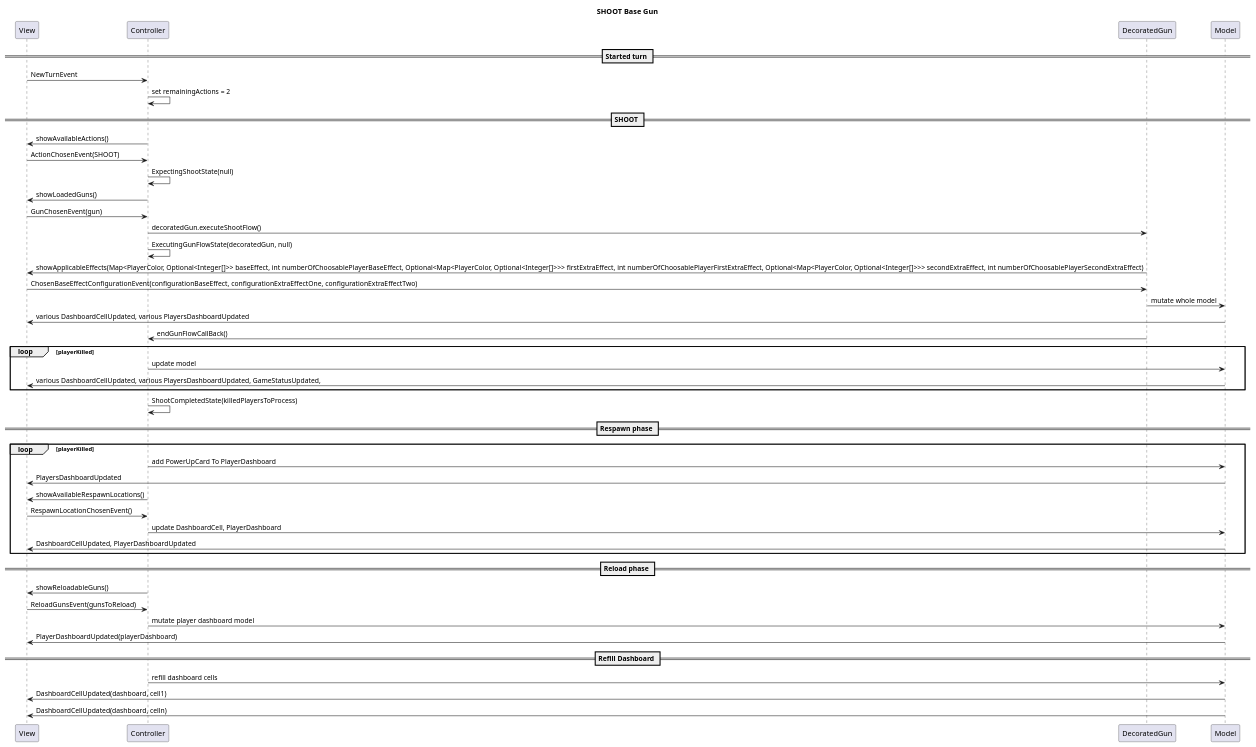
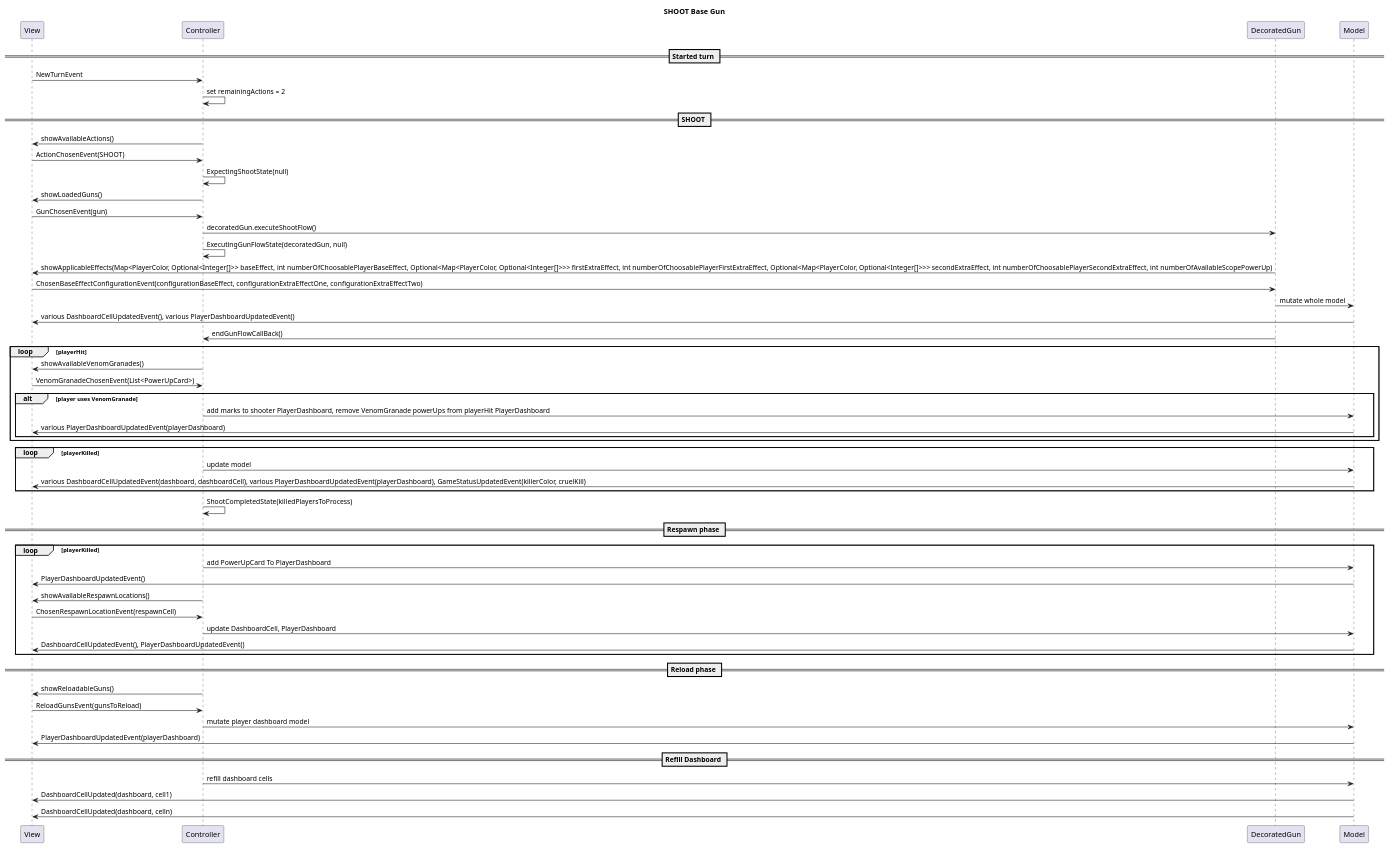
Before and after one commit to slinkydeveloper/ing-sw-2019-guardiani-mucignat-lischio: the diagram in uml/SHOOT_base_gun_flow.puml, drawn with PlantUML. The commit also changed 3 other files, not shown here.

Commit message:
Added model and view events Added Controller states but don't know how to manage the factory Added Scope flow in shoot cases Added VenomGranade flow in shoot cases Added an example of teleport and kinetic ray flow in move case Added view methods

```diff
--- a/uml/SHOOT_base_gun_flow.puml
+++ b/uml/SHOOT_base_gun_flow.puml
@@ -1,62 +1,71 @@
 @startuml
 title SHOOT Base Gun
 
 participant View
 participant Controller
 participant DecoratedGun
 participant Model
 == Started turn ==
 
 View -> Controller: NewTurnEvent
 Controller -> Controller: set remainingActions = 2
 
 == SHOOT ==
 
 Controller -> View: showAvailableActions()
 View -> Controller: ActionChosenEvent(SHOOT)
 Controller -> Controller: ExpectingShootState(null)
 Controller -> View: showLoadedGuns()
 View -> Controller: GunChosenEvent(gun)
 Controller -> DecoratedGun: decoratedGun.executeShootFlow()
 Controller -> Controller: ExecutingGunFlowState(decoratedGun, null)
-DecoratedGun -> View: showApplicableEffects(Map<PlayerColor, Optional<Integer[]>> baseEffect, int numberOfChoosablePlayerBaseEffect, Optional<Map<PlayerColor, Optional<Integer[]>>> firstExtraEffect, int numberOfChoosablePlayerFirstExtraEffect, Optional<Map<PlayerColor, Optional<Integer[]>>> secondExtraEffect, int numberOfChoosablePlayerSecondExtraEffect)
+DecoratedGun -> View: showApplicableEffects(Map<PlayerColor, Optional<Integer[]>> baseEffect, int numberOfChoosablePlayerBaseEffect, Optional<Map<PlayerColor, Optional<Integer[]>>> firstExtraEffect, int numberOfChoosablePlayerFirstExtraEffect, Optional<Map<PlayerColor, Optional<Integer[]>>> secondExtraEffect, int numberOfChoosablePlayerSecondExtraEffect, int numberOfAvailableScopePowerUp)
 View -> DecoratedGun: ChosenBaseEffectConfigurationEvent(configurationBaseEffect, configurationExtraEffectOne, configurationExtraEffectTwo)
 DecoratedGun -> Model: mutate whole model
-Model -> View: various DashboardCellUpdated, various PlayersDashboardUpdated
+Model -> View: various DashboardCellUpdatedEvent(), various PlayerDashboardUpdatedEvent()
 DecoratedGun -> Controller: endGunFlowCallBack()
+
+loop playerHit
+  Controller -> View: showAvailableVenomGranades()
+  View -> Controller: VenomGranadeChosenEvent(List<PowerUpCard>)
+  alt player uses VenomGranade
+  Controller -> Model: add marks to shooter PlayerDashboard, remove VenomGranade powerUps from playerHit PlayerDashboard
+  Model -> View: various PlayerDashboardUpdatedEvent(playerDashboard)
+  end
+end
 
 loop playerKilled
   Controller -> Model: update model
-  Model -> View: various DashboardCellUpdated, various PlayersDashboardUpdated, GameStatusUpdated,
+  Model -> View: various DashboardCellUpdatedEvent(dashboard, dashboardCell), various PlayerDashboardUpdatedEvent(playerDashboard), GameStatusUpdatedEvent(killerColor, cruelKill)
 
 end
 
 Controller -> Controller: ShootCompletedState(killedPlayersToProcess)
 
 == Respawn phase ==
 
 loop playerKilled
   Controller -> Model: add PowerUpCard To PlayerDashboard
-  Model -> View: PlayersDashboardUpdated
+  Model -> View: PlayerDashboardUpdatedEvent()
   Controller -> View: showAvailableRespawnLocations()
-  View -> Controller: RespawnLocationChosenEvent()
+  View -> Controller: ChosenRespawnLocationEvent(respawnCell)
   Controller -> Model: update DashboardCell, PlayerDashboard
-  Model -> View: DashboardCellUpdated, PlayerDashboardUpdated
+  Model -> View: DashboardCellUpdatedEvent(), PlayerDashboardUpdatedEvent()
 
 end
 
 == Reload phase ==
 
 Controller -> View: showReloadableGuns()
 View -> Controller: ReloadGunsEvent(gunsToReload)
 Controller -> Model: mutate player dashboard model
-Model -> View: PlayerDashboardUpdated(playerDashboard)
+Model -> View: PlayerDashboardUpdatedEvent(playerDashboard)
 
 
 == Refill Dashboard ==
 
 Controller -> Model: refill dashboard cells
 Model -> View: DashboardCellUpdated(dashboard, cell1)
 Model -> View: DashboardCellUpdated(dashboard, celln)
 
 @enduml
```
